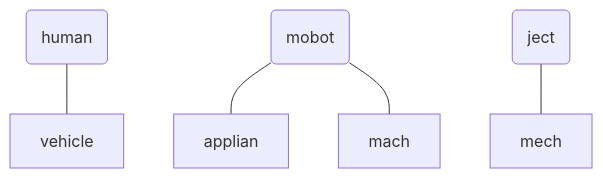
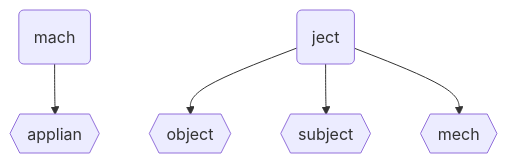
Before and after one commit to roboticist-tav/diego_documentation: the third of 6 diagrams in docs/physic/_indextopic.md, drawn with Mermaid. The commit also changed other lines of this file and 98 other files, not shown here.

````diff
--- a/docs/physic/_indextopic.md
+++ b/docs/physic/_indextopic.md
@@ -52,7 +58,7 @@
 ```mermaid
-flowchart TD
-    _human(human) --- vehicle
-    _mobot(mobot) --- applian
-    _mobot(mobot) --- mach
-    _ject(ject) --- mech
+    flowchart TD
+    mach(mach) --> applian{{applian}}
+    ject(ject) --> object{{object}}
+    ject --> subject{{subject}}
+    ject --> mech{{mech}}
 ```
````
